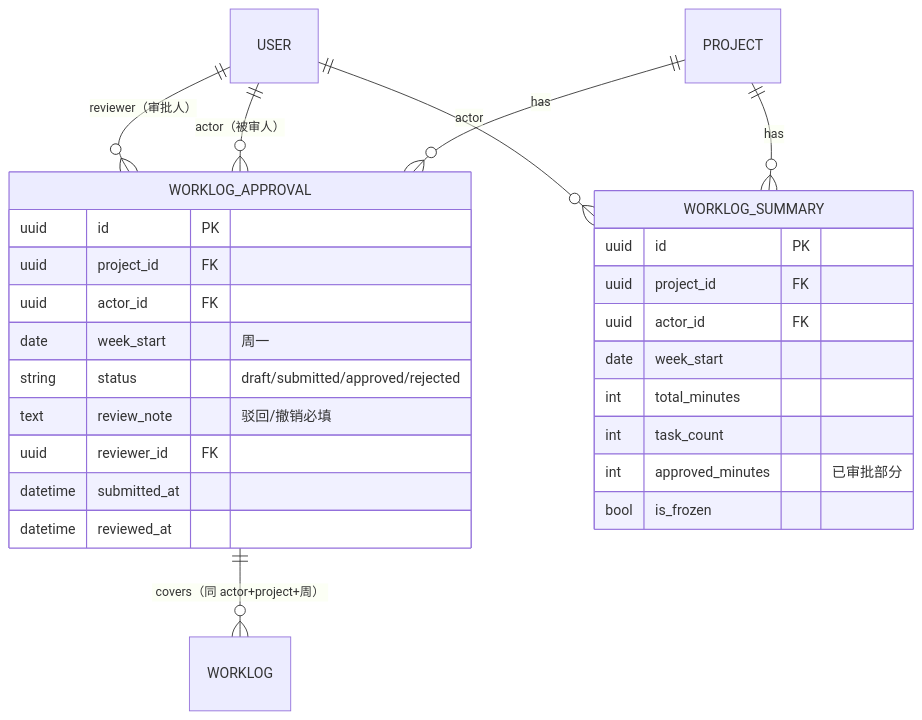
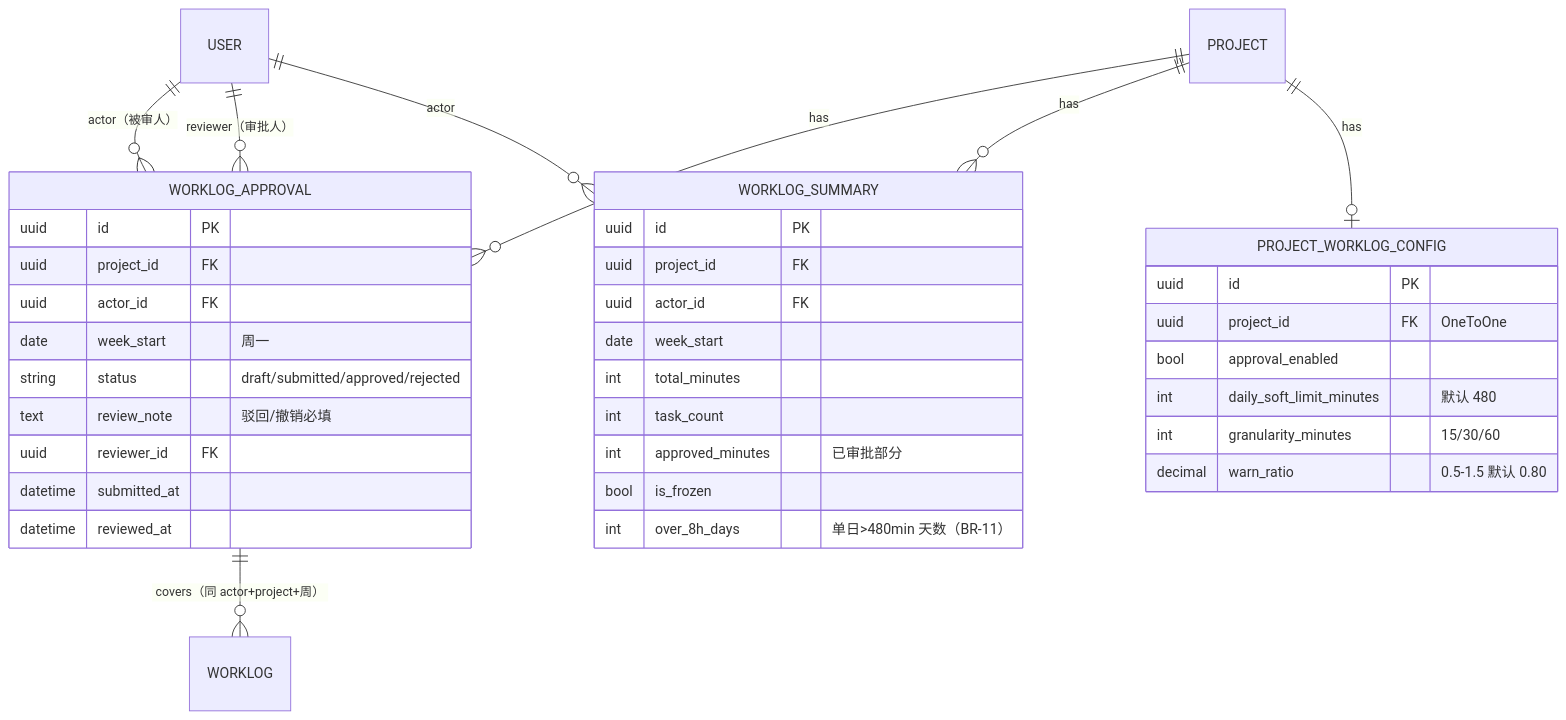
Before and after one commit to RabbitAI-Lab/RabbitProjects: the third of 3 diagrams in docs/sprint-7-enterprise-workflow/TASK-013-team-worklog.md, drawn with Mermaid. The commit also changed other lines of this file and 9 other files, not shown here.

````diff
--- a/docs/sprint-7-enterprise-workflow/TASK-013-team-worklog.md
+++ b/docs/sprint-7-enterprise-workflow/TASK-013-team-worklog.md
@@ -222,30 +222,40 @@
 ```mermaid
 erDiagram
     PROJECT ||--o{ WORKLOG_APPROVAL : has
     USER ||--o{ WORKLOG_APPROVAL : "actor（被审人）"
     USER ||--o{ WORKLOG_APPROVAL : "reviewer（审批人）"
     WORKLOG_APPROVAL ||--o{ WORKLOG : "covers（同 actor+project+周）"
     PROJECT ||--o{ WORKLOG_SUMMARY : has
     USER ||--o{ WORKLOG_SUMMARY : actor
+    PROJECT ||--o| PROJECT_WORKLOG_CONFIG : has
     WORKLOG_APPROVAL {
         uuid id PK
         uuid project_id FK
         uuid actor_id FK
         date week_start "周一"
         string status "draft/submitted/approved/rejected"
         text review_note "驳回/撤销必填"
         uuid reviewer_id FK
         datetime submitted_at
         datetime reviewed_at
     }
     WORKLOG_SUMMARY {
         uuid id PK
         uuid project_id FK
         uuid actor_id FK
         date week_start
         int total_minutes
         int task_count
         int approved_minutes "已审批部分"
         bool is_frozen
+        int over_8h_days "单日>480min 天数（BR-11）"
+    }
+    PROJECT_WORKLOG_CONFIG {
+        uuid id PK
+        uuid project_id FK "OneToOne"
+        bool approval_enabled
+        int daily_soft_limit_minutes "默认 480"
+        int granularity_minutes "15/30/60"
+        decimal warn_ratio "0.5-1.5 默认 0.80"
     }
 ```
````
